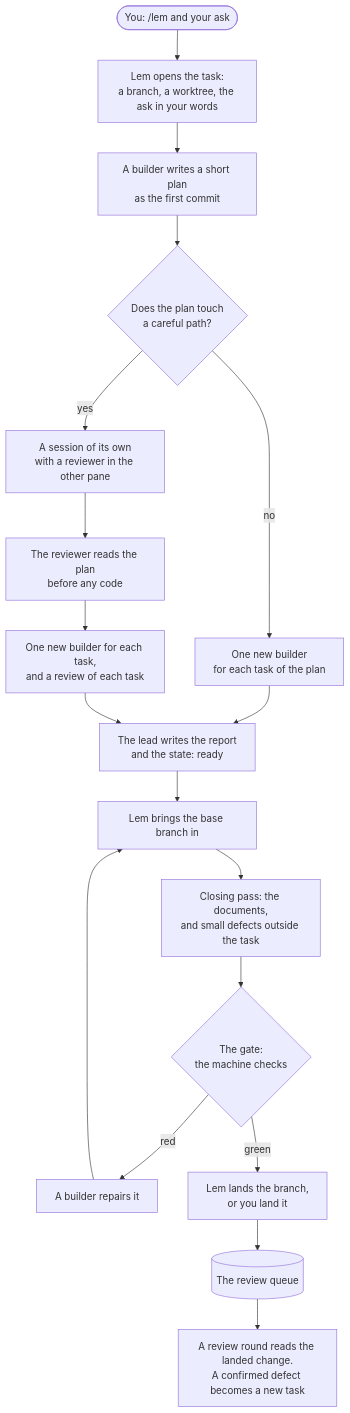
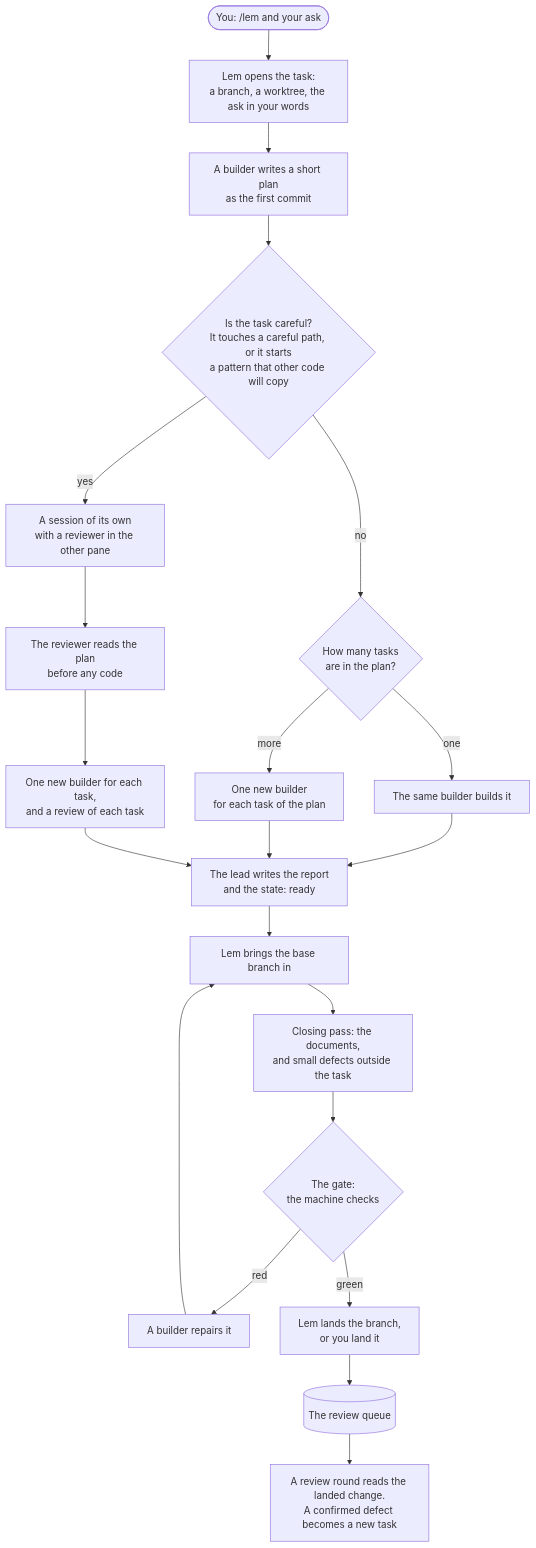
Before and after one commit to pySilver/lem: the first of 3 diagrams in README.md, drawn with Mermaid. The commit also changed other lines of this file, not shown here.

````diff
--- a/README.md
+++ b/README.md
@@ -51,19 +53,22 @@
 ```mermaid
 flowchart TD
     ask([You: /lem and your ask]) --> open[Lem opens the task:<br/>a branch, a worktree, the ask in your words]
     open --> plan[A builder writes a short plan<br/>as the first commit]
-    plan --> careful{Does the plan touch<br/>a careful path?}
-    careful -- no --> build[One new builder<br/>for each task of the plan]
+    plan --> careful{Is the task careful?<br/>It touches a careful path, or it starts<br/>a pattern that other code will copy}
+    careful -- no --> count{How many tasks<br/>are in the plan?}
+    count -- one --> same[The same builder builds it]
+    count -- more --> build[One new builder<br/>for each task of the plan]
     careful -- yes --> session[A session of its own<br/>with a reviewer in the other pane]
     session --> opinion[The reviewer reads the plan<br/>before any code]
     opinion --> buildc[One new builder for each task,<br/>and a review of each task]
-    build --> report[The lead writes the report<br/>and the state: ready]
+    same --> report[The lead writes the report<br/>and the state: ready]
+    build --> report
     buildc --> report
     report --> base[Lem brings the base branch in]
     base --> closing[Closing pass: the documents,<br/>and small defects outside the task]
     closing --> gate{The gate:<br/>the machine checks}
     gate -- red --> repair[A builder repairs it] --> base
     gate -- green --> land[Lem lands the branch,<br/>or you land it]
     land --> queue[(The review queue)]
     queue --> review[A review round reads the landed change.<br/>A confirmed defect becomes a new task]
 ```
````
